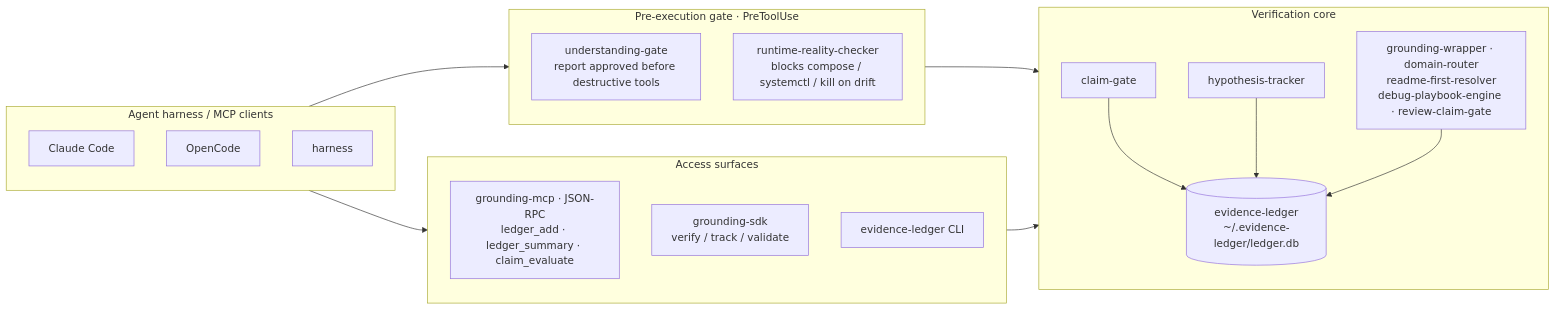
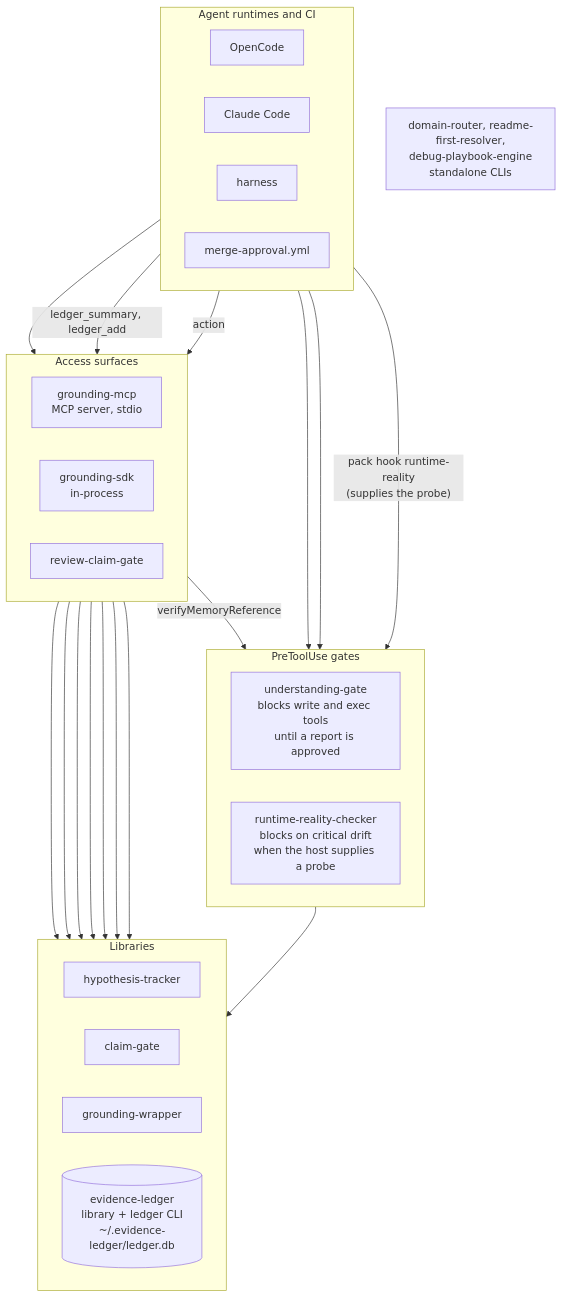
Before and after one commit to LanNguyenSi/agent-grounding: the diagram in docs/architecture.md, drawn with Mermaid. The commit also changed other lines of this file and 40 other files, not shown here.

First line of the commit message:
docs: correct root, package and gate docs against the code; extend the OKF bundle (#274)

````diff
--- a/docs/architecture.md
+++ b/docs/architecture.md
@@ -5,38 +7,49 @@
 ```mermaid
-flowchart LR
-    subgraph clients["Agent harness / MCP clients"]
-        direction TB
+flowchart TD
+    subgraph callers["Agent runtimes and CI"]
+        direction LR
+        oc["OpenCode"]
         cc["Claude Code"]
-        oc["OpenCode"]
         hn["harness"]
+        ci["merge-approval.yml"]
     end
 
-    subgraph gate["Pre-execution gate · PreToolUse"]
-        direction TB
-        ug["understanding-gate<br/>report approved before destructive tools"]
-        rrc["runtime-reality-checker<br/>blocks compose / systemctl / kill on drift"]
-    end
-
-    subgraph core["Verification core"]
-        direction TB
-        cg["claim-gate"]
-        ht["hypothesis-tracker"]
-        helpers["grounding-wrapper · domain-router<br/>readme-first-resolver<br/>debug-playbook-engine · review-claim-gate"]
-        el[("evidence-ledger<br/>~/.evidence-ledger/ledger.db")]
+    subgraph gates["PreToolUse gates"]
+        direction LR
+        ug["understanding-gate<br/>blocks write and exec tools<br/>until a report is approved"]
+        rrc["runtime-reality-checker<br/>blocks on critical drift<br/>when the host supplies a probe"]
     end
 
     subgraph surfaces["Access surfaces"]
-        direction TB
-        mcp["grounding-mcp · JSON-RPC<br/>ledger_add · ledger_summary · claim_evaluate"]
-        sdk["grounding-sdk<br/>verify / track / validate"]
-        cli["evidence-ledger CLI"]
+        direction LR
+        mcp["grounding-mcp<br/>MCP server, stdio"]
+        sdk["grounding-sdk<br/>in-process"]
+        rcg["review-claim-gate"]
     end
 
-    clients --> gate
-    clients --> surfaces
-    gate --> core
-    surfaces --> core
-    cg --> el
-    ht --> el
-    helpers --> el
+    subgraph libs["Libraries"]
+        direction LR
+        ht["hypothesis-tracker"]
+        cg["claim-gate"]
+        gw["grounding-wrapper"]
+        el[("evidence-ledger<br/>library + ledger CLI<br/>~/.evidence-ledger/ledger.db")]
+    end
+
+    planners["domain-router, readme-first-resolver,<br/>debug-playbook-engine<br/>standalone CLIs"]
+
+    cc --> ug
+    oc --> ug
+    cc --> mcp
+    hn -- "pack hook runtime-reality<br/>(supplies the probe)" --> rrc
+    hn -- "ledger_summary, ledger_add" --> mcp
+    ci -- action --> rcg
+    ug --> ht
+    mcp --> gw
+    mcp --> el
+    mcp --> cg
+    mcp --> ht
+    mcp -- verifyMemoryReference --> rrc
+    sdk --> cg
+    sdk --> ht
+    rcg --> el
 ```
````
